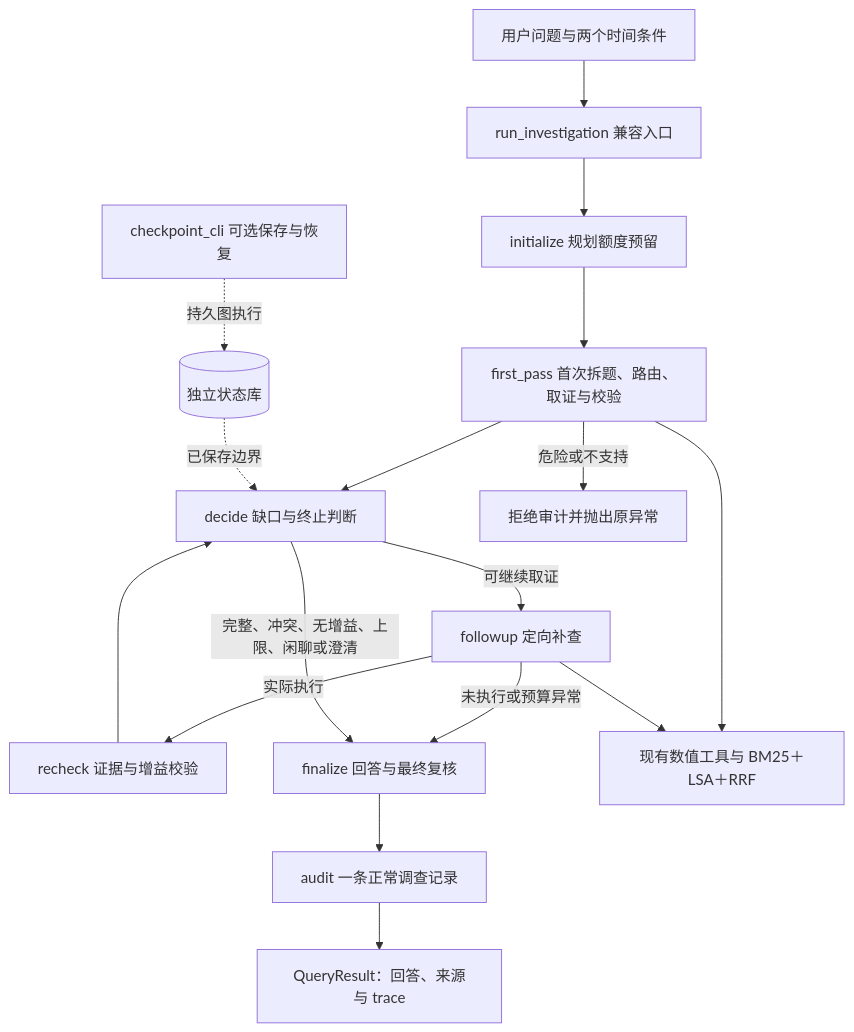
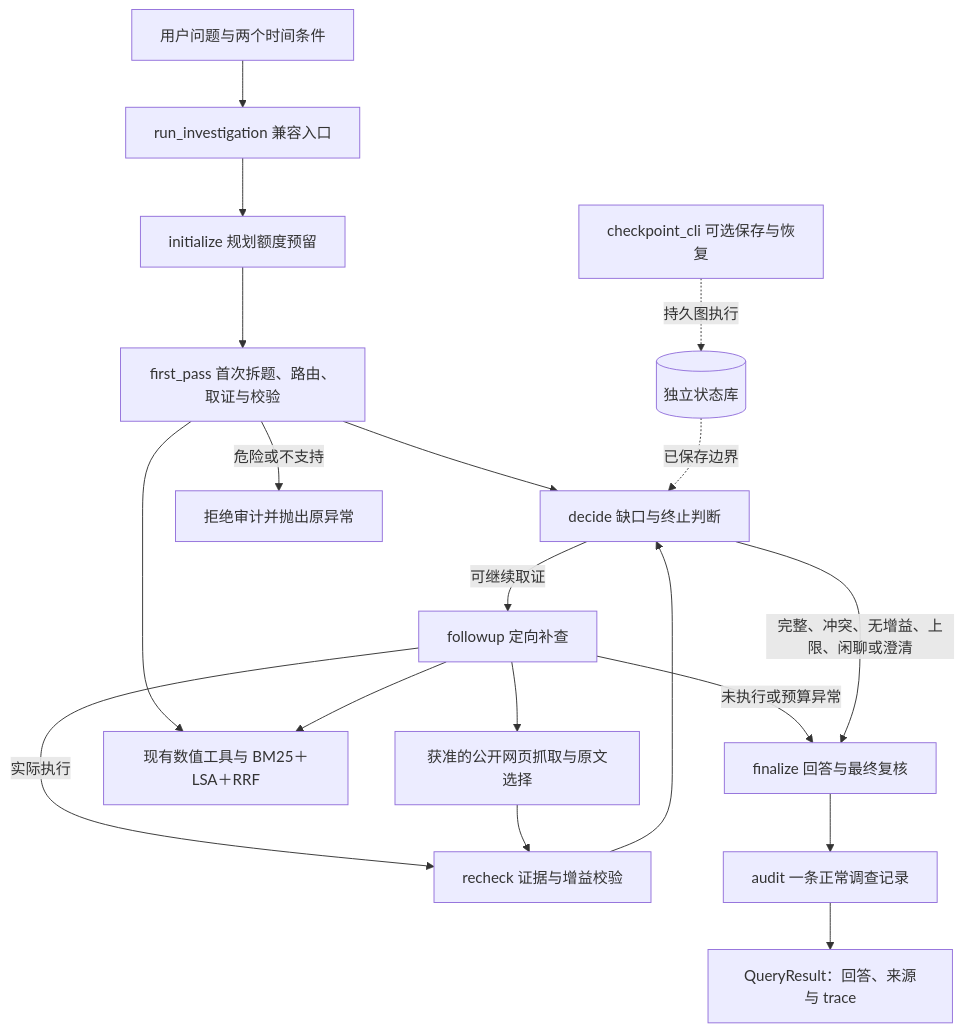
One commit to CrazyEpi/FloodPred-Agent changed the diagram in docs/08_architecture.md. Above: the diagram before and after it, drawn with Mermaid. The commit also changed other lines of this file and 55 other files, not shown here.

````diff
--- a/docs/08_architecture.md
+++ b/docs/08_architecture.md
@@ -5,19 +5,21 @@
 ```mermaid
 flowchart TD
     U[用户问题与两个时间条件] --> I[run_investigation 兼容入口]
     I --> N[initialize 规划额度预留]
     N --> F[first_pass 首次拆题、路由、取证与校验]
     F --> D[decide 缺口与终止判断]
     D -->|可继续取证| G[followup 定向补查]
     G -->|实际执行| R[recheck 证据与增益校验]
     R --> D
     G -->|未执行或预算异常| A[finalize 回答与最终复核]
     D -->|完整、冲突、无增益、上限、闲聊或澄清| A
     A --> L[audit 一条正常调查记录]
     L --> O[QueryResult：回答、来源与 trace]
     F --> T[现有数值工具与 BM25＋LSA＋RRF]
     G --> T
+    G --> W[获准的公开网页抓取与原文选择]
+    W --> R
     F -->|危险或不支持| X[拒绝审计并抛出原异常]
     C[checkpoint_cli 可选保存与恢复] -.持久图执行.-> S[(独立状态库)]
     S -.已保存边界.-> D
 ```
````
